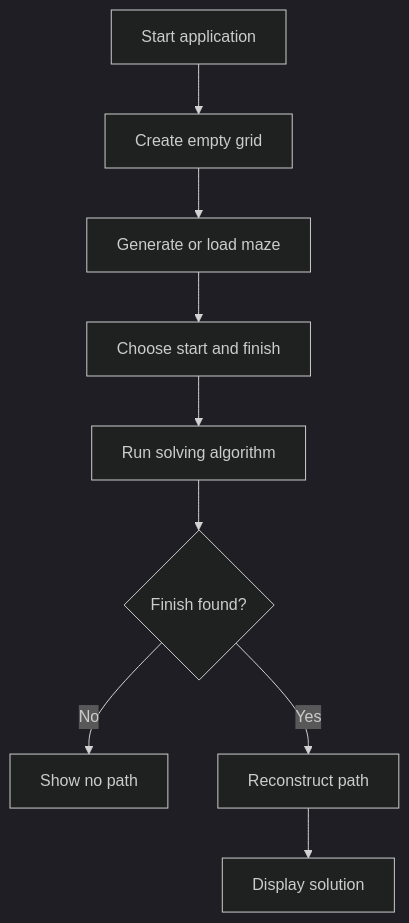
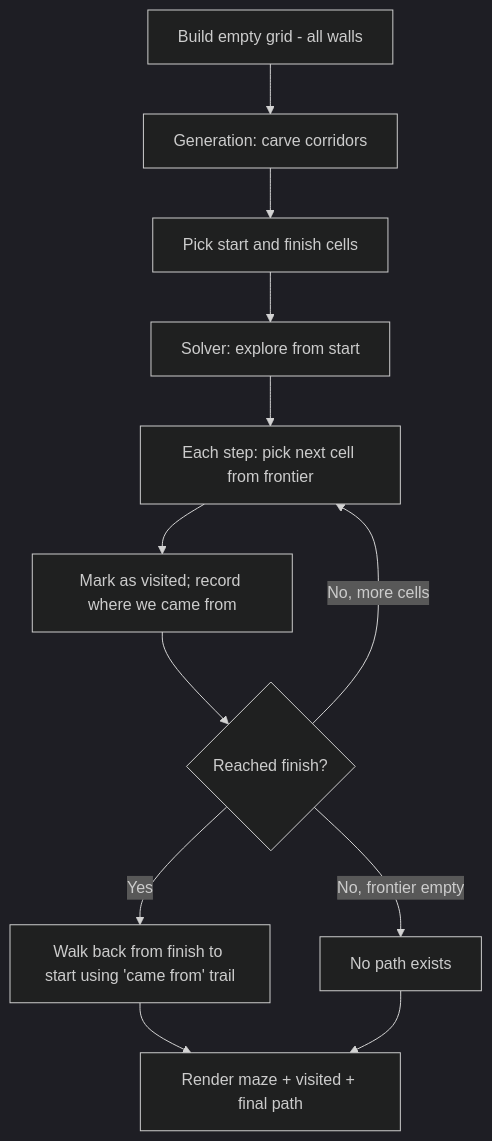
Before and after one commit to rmalkevy/Programming-Practice-Projects: the diagram in labs/lab-10-maze-generator-solver.md, drawn with Mermaid (dark theme). The commit also changed other lines of this file and 2 other files, not shown here.

````diff
--- a/labs/lab-10-maze-generator-solver.md
+++ b/labs/lab-10-maze-generator-solver.md
@@ -39,11 +48,14 @@
 ```mermaid
 flowchart TD
-    A[Start application] --> B[Create empty grid]
-    B --> C[Generate or load maze]
-    C --> D[Choose start and finish]
-    D --> E[Run solving algorithm]
-    E --> F{Finish found?}
-    F -- No --> G[Show no path]
-    F -- Yes --> H[Reconstruct path]
-    H --> I[Display solution]
+    A[Build empty grid - all walls] --> B[Generation: carve corridors]
+    B --> C[Pick start and finish cells]
+    C --> D[Solver: explore from start]
+    D --> E[Each step: pick next cell from frontier]
+    E --> F[Mark as visited; record where we came from]
+    F --> G{Reached finish?}
+    G -- No, more cells --> E
+    G -- No, frontier empty --> H[No path exists]
+    G -- Yes --> I[Walk back from finish to start using 'came from' trail]
+    I --> J[Render maze + visited + final path]
+    H --> J
 ```
````
